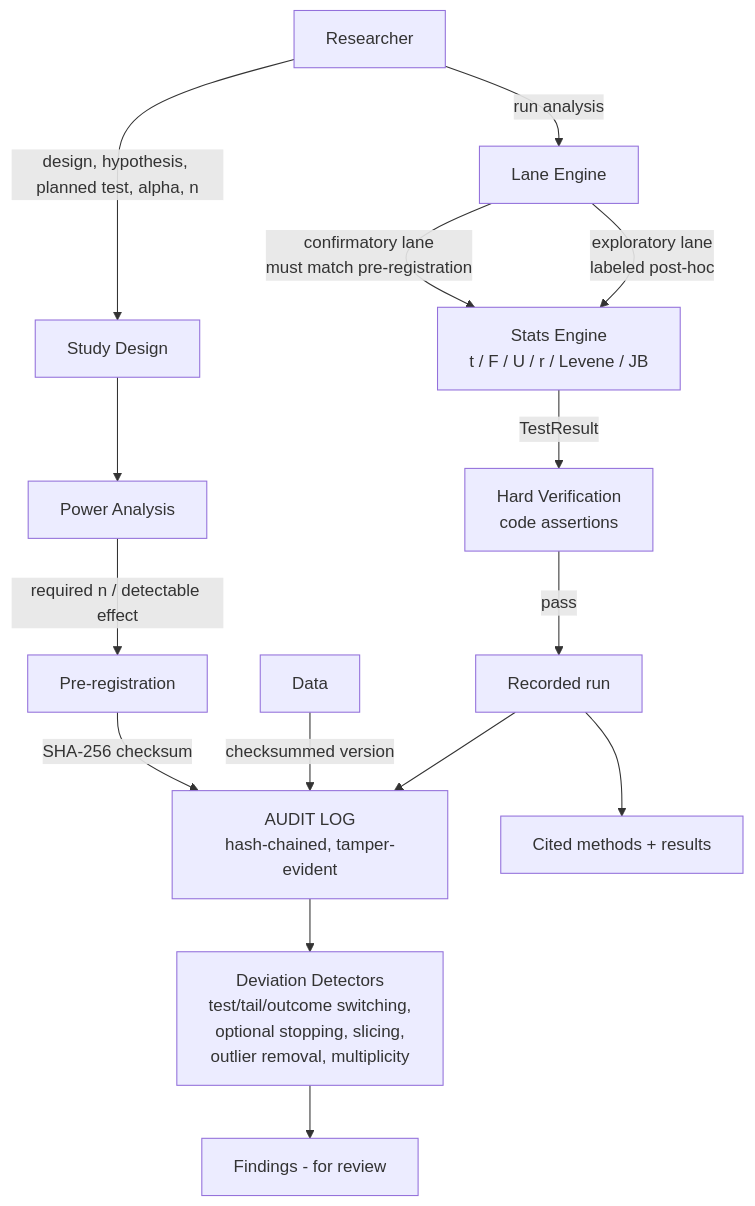
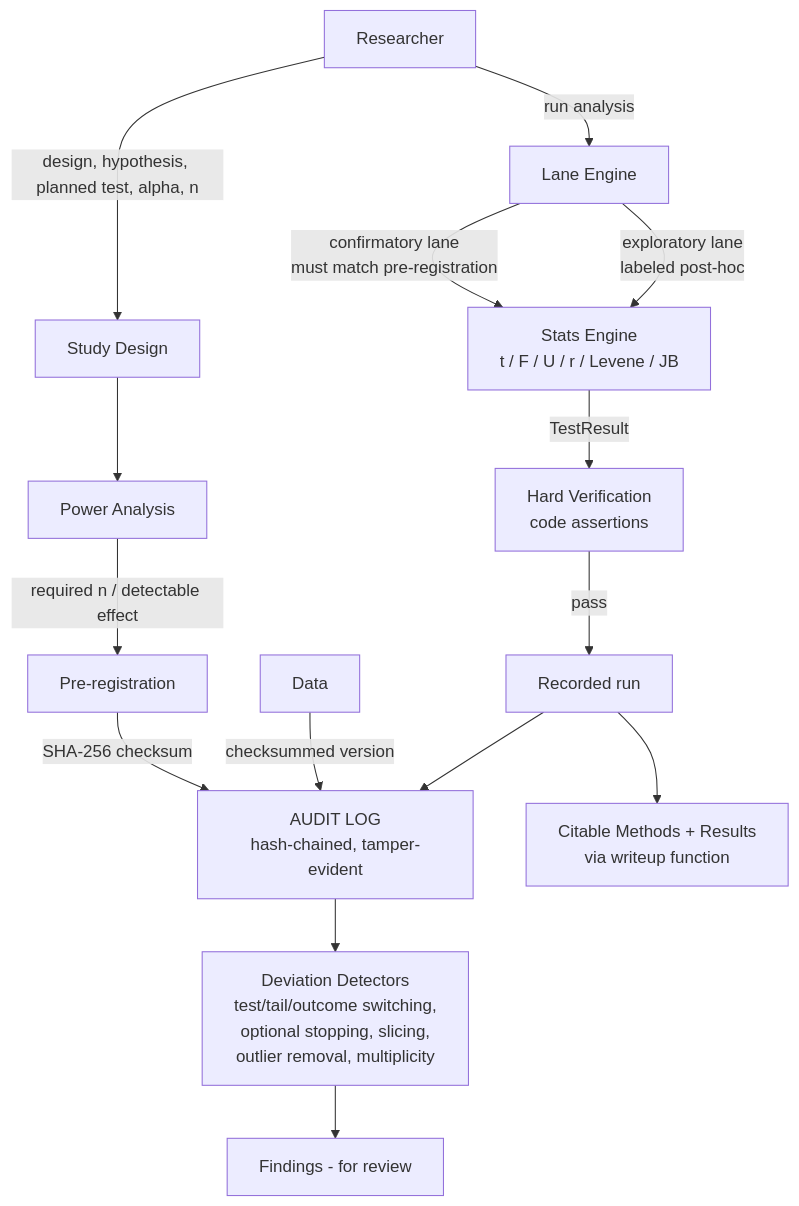
The second of 2 diagrams in README.md (thesithunyein/reslab), drawn with Mermaid before and after one commit. The commit also changed other lines of this file, not shown here.

First line of the commit message:
Rewrite the README as a product doc: diagrams, security, audience, roadmap

````diff
--- a/README.md
+++ b/README.md
@@ -65,17 +108,17 @@
 ```mermaid
 flowchart TD
     A[Researcher] -->|design, hypothesis, planned test, alpha, n| B[Study Design]
     B --> C[Power Analysis]
     C -->|required n / detectable effect| D[Pre-registration]
     D -->|SHA-256 checksum| E[AUDIT LOG<br/>hash-chained, tamper-evident]
     F[Data] -->|checksummed version| E
     A -->|run analysis| G[Lane Engine]
     G -->|confirmatory lane<br/>must match pre-registration| H[Stats Engine<br/>t / F / U / r / Levene / JB]
     G -->|exploratory lane<br/>labeled post-hoc| H
     H -->|TestResult| I[Hard Verification<br/>code assertions]
     I -->|pass| J[Recorded run]
     J --> E
     E --> K[Deviation Detectors<br/>test/tail/outcome switching,<br/>optional stopping, slicing,<br/>outlier removal, multiplicity]
     K --> L[Findings - for review]
-    J --> M[Cited methods + results]
+    J --> M[Citable Methods + Results<br/>via writeup function]
 ```
````
